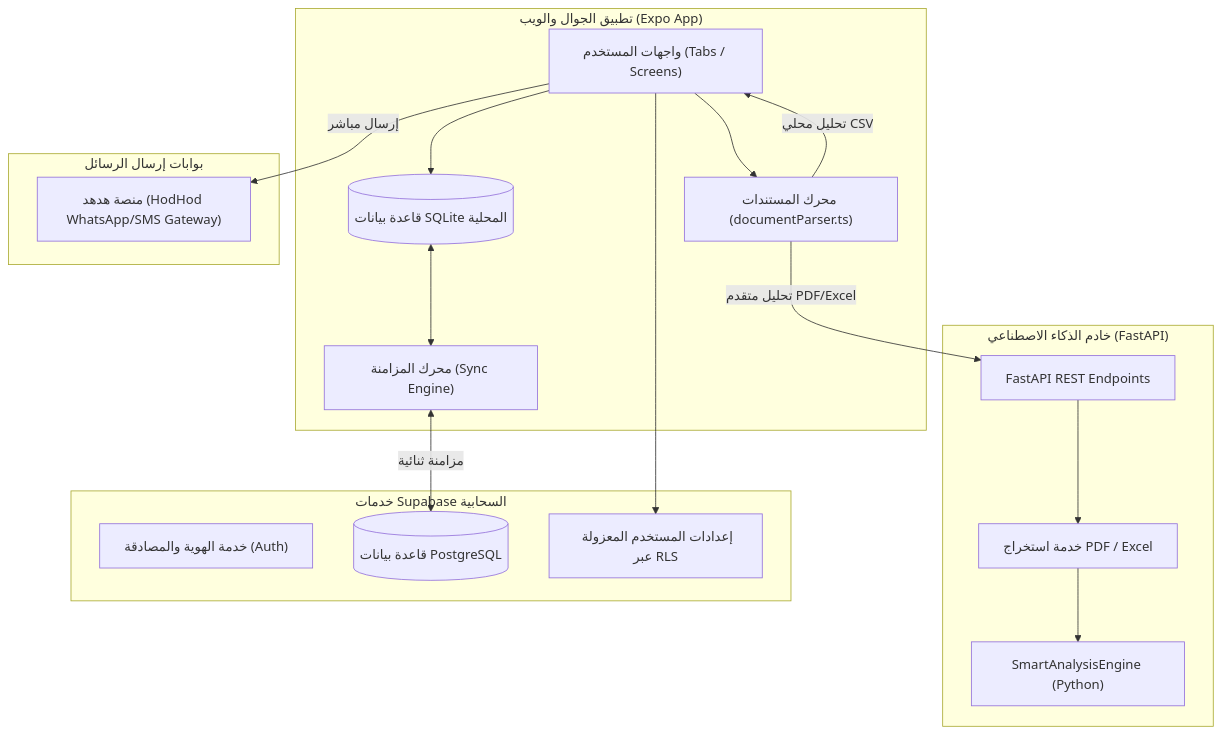
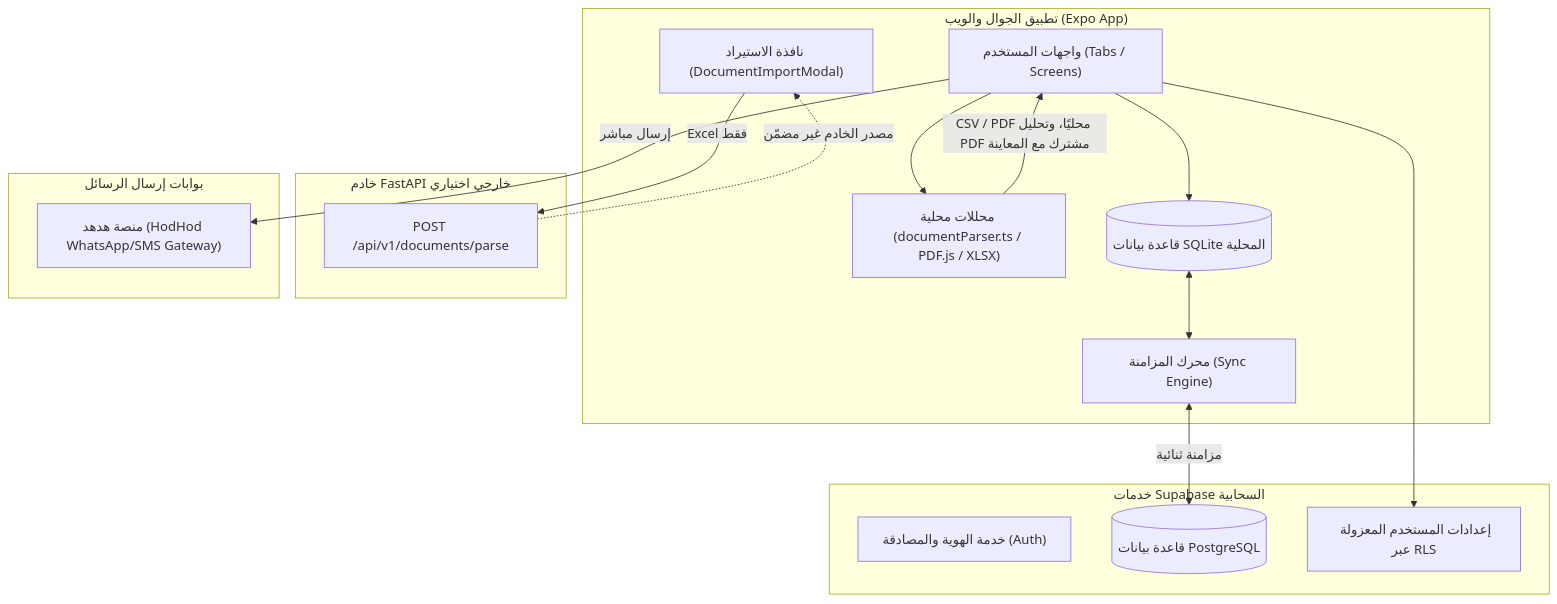
Before and after one commit to Ammarhmlh5/SMS-Smarthoob: the first of 2 diagrams in docs/TECHNOLOGY-SPECIFICATION.md, drawn with Mermaid. The commit also changed other lines of this file and 43 other files, not shown here.

````diff
--- a/docs/TECHNOLOGY-SPECIFICATION.md
+++ b/docs/TECHNOLOGY-SPECIFICATION.md
@@ -30,36 +31,34 @@
 ```mermaid
 graph TB
     subgraph Client["تطبيق الجوال والويب (Expo App)"]
         UI["واجهات المستخدم (Tabs / Screens)"]
-        Parser["محرك المستندات (documentParser.ts)"]
+        Parser["محللات محلية (documentParser.ts / PDF.js / XLSX)"]
+        Importer["نافذة الاستيراد (DocumentImportModal)"]
         LocalDB[(قاعدة بيانات SQLite المحلية)]
         SyncEngine["محرك المزامنة (Sync Engine)"]
     end
 
-    subgraph AIService["خادم الذكاء الاصطناعي (FastAPI)"]
-        FastAPI["FastAPI REST Endpoints"]
-        AIEngine["SmartAnalysisEngine (Python)"]
-        DocService["خدمة استخراج PDF / Excel"]
+    subgraph AIService["خادم FastAPI خارجي اختياري"]
+        FastAPI["POST /api/v1/documents/parse"]
     end
 
     subgraph Cloud["خدمات Supabase السحابية"]
         Auth["خدمة الهوية والمصادقة (Auth)"]
         CloudDB[(قاعدة بيانات PostgreSQL)]
         RLS["إعدادات المستخدم المعزولة عبر RLS"]
     end
 
     subgraph Gateways["بوابات إرسال الرسائل"]
         HodHod["منصة هدهد (HodHod WhatsApp/SMS Gateway)"]
     end
 
     UI --> LocalDB
     UI --> Parser
-    Parser -->|تحليل محلي CSV| UI
-    Parser -->|تحليل متقدم PDF/Excel| FastAPI
-    FastAPI --> DocService
-    DocService --> AIEngine
+    Parser -->|CSV / PDF محليًا، وتحليل PDF مشترك مع المعاينة| UI
+    Importer -->|Excel فقط| FastAPI
+    FastAPI -.->|مصدر الخادم غير مضمّن| Importer
     LocalDB <--> SyncEngine
     SyncEngine <-->|مزامنة ثنائية| CloudDB
     UI --> RLS
     UI -->|إرسال مباشر| HodHod
 ```
````
